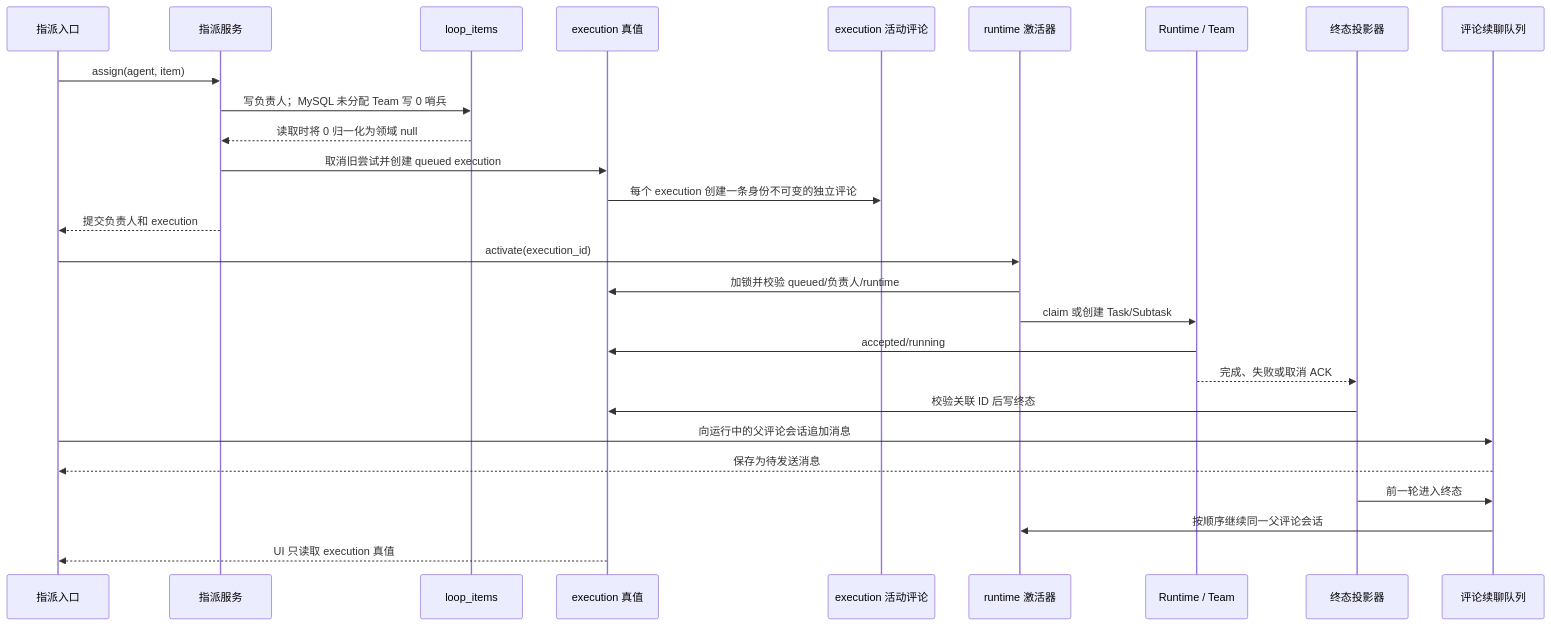
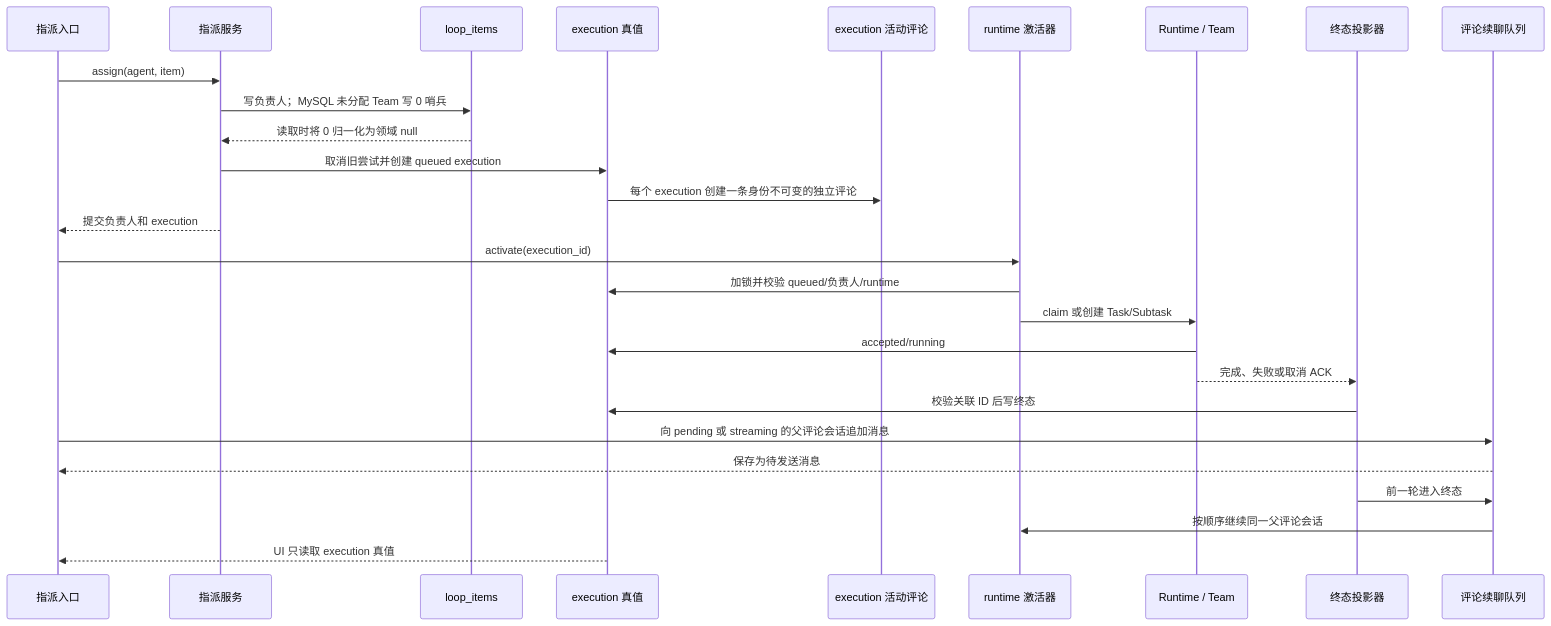
One commit to wecode-ai/Wegent changed the second of 2 diagrams in docs/zh/architecture/board-automation.md. Above: the diagram before and after it, drawn with Mermaid. The commit also changed other lines of this file and 3 other files, not shown here.

Commit message:
docs(architecture): clarify queued continuation states

````diff
--- a/docs/zh/architecture/board-automation.md
+++ b/docs/zh/architecture/board-automation.md
@@ -33,30 +33,30 @@
 ```mermaid
 sequenceDiagram
     participant E as 指派入口
     participant A as 指派服务
     participant I as loop_items
     participant X as execution 真值
     participant C as execution 活动评论
     participant R as runtime 激活器
     participant T as Runtime / Team
     participant P as 终态投影器
     participant Q as 评论续聊队列
 
     E->>A: assign(agent, item)
     A->>I: 写负责人；MySQL 未分配 Team 写 0 哨兵
     I-->>A: 读取时将 0 归一化为领域 null
     A->>X: 取消旧尝试并创建 queued execution
     X->>C: 每个 execution 创建一条身份不可变的独立评论
     A-->>E: 提交负责人和 execution
     E->>R: activate(execution_id)
     R->>X: 加锁并校验 queued/负责人/runtime
     R->>T: claim 或创建 Task/Subtask
     T->>X: accepted/running
     T-->>P: 完成、失败或取消 ACK
     P->>X: 校验关联 ID 后写终态
-    E->>Q: 向运行中的父评论会话追加消息
+    E->>Q: 向 pending 或 streaming 的父评论会话追加消息
     Q-->>E: 保存为待发送消息
     P->>Q: 前一轮进入终态
     Q->>R: 按顺序继续同一父评论会话
     X-->>E: UI 只读取 execution 真值
 ```
````
